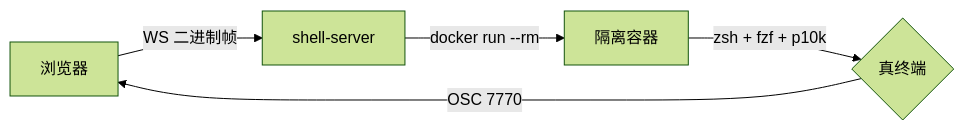
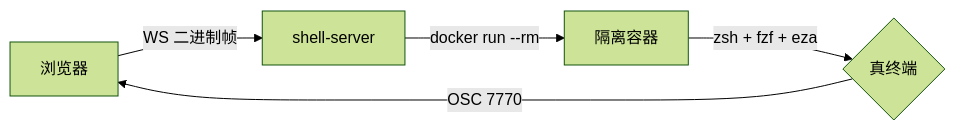
The first of 2 diagrams in content/charts.md (AtaraxiaEpiphany/homepage), drawn with Mermaid (forest theme) before and after one commit. The commit also changed 11 other files, not shown here.

````diff
--- a/content/charts.md
+++ b/content/charts.md
@@ -5,7 +5,7 @@
 ```mermaid
 flowchart LR
   A[浏览器] -->|WS 二进制帧| B[shell-server]
   B -->|docker run --rm| C[隔离容器]
-  C -->|zsh + fzf + p10k| D{真终端}
+  C -->|zsh + fzf + eza| D{真终端}
   D -->|OSC 7770| A
 ```
````
